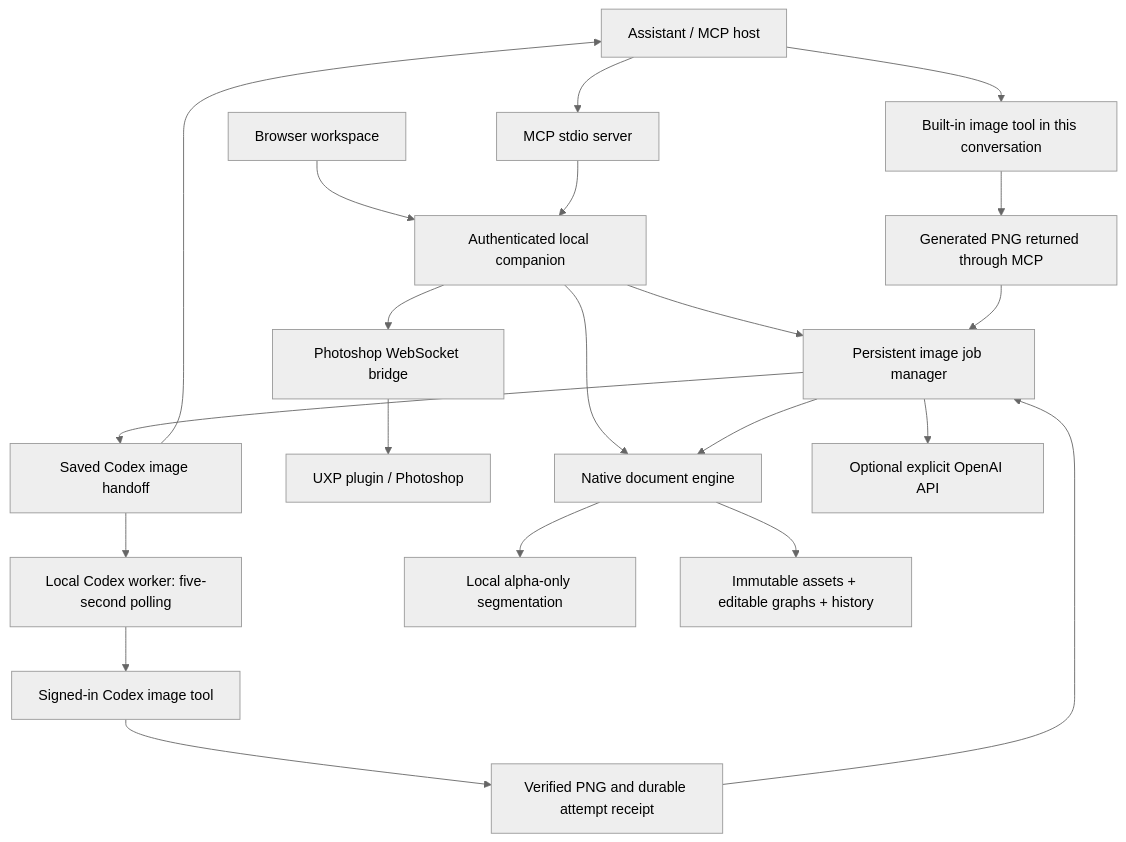
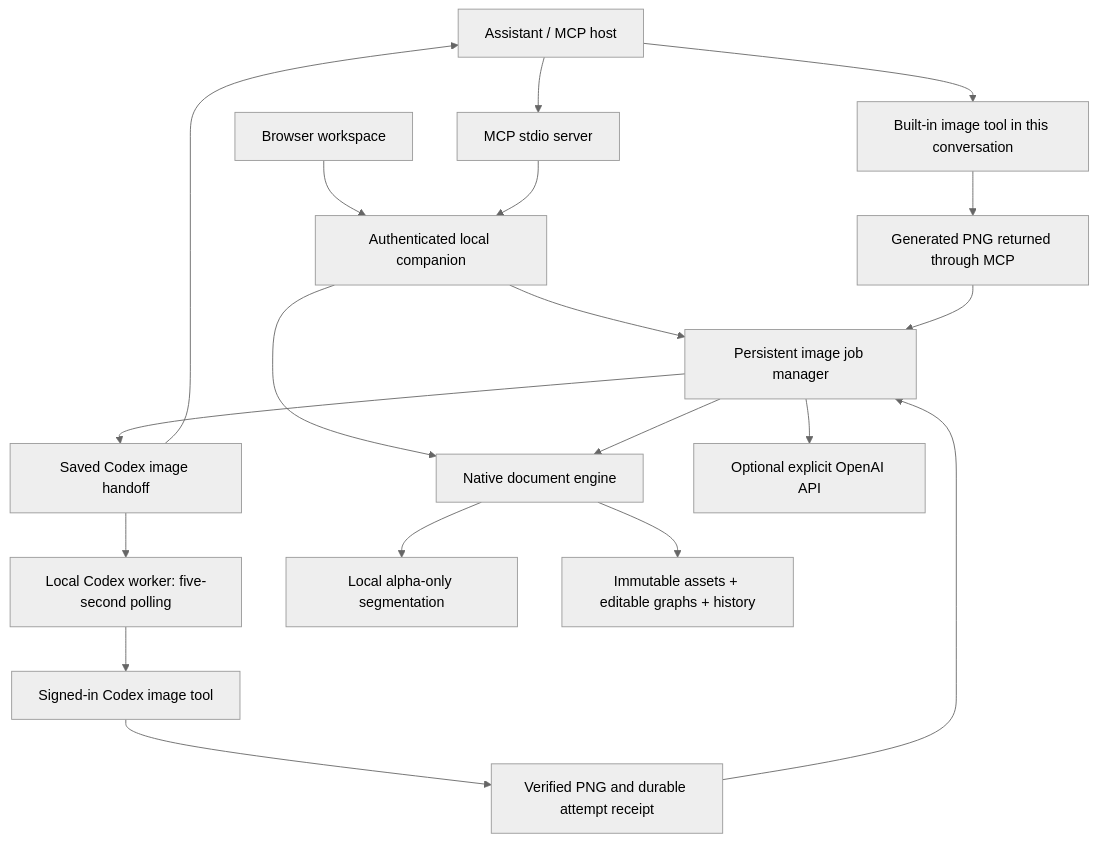
One commit to jamisen-ma/prism-studio changed the diagram in docs/ARCHITECTURE.md. Above: the diagram before and after it, drawn with Mermaid (neutral theme). The commit also changed other lines of this file and 69 other files, not shown here.

````diff
--- a/docs/ARCHITECTURE.md
+++ b/docs/ARCHITECTURE.md
@@ -5,23 +5,21 @@
 ```mermaid
 flowchart TD
   A[Assistant / MCP host] --> M[MCP stdio server]
   U[Browser workspace] --> C[Authenticated local companion]
   M --> C
   C --> N[Native document engine]
-  C --> B[Photoshop WebSocket bridge]
-  B --> P[UXP plugin / Photoshop]
   C --> J[Persistent image job manager]
   J --> H[Saved Codex image handoff]
   H --> W[Local Codex worker: five-second polling]
   W --> L[Signed-in Codex image tool]
   L --> K[Verified PNG and durable attempt receipt]
   K --> J
   H --> A
   A --> I[Built-in image tool in this conversation]
   I --> R[Generated PNG returned through MCP]
   R --> J
   J --> O[Optional explicit OpenAI API]
   J --> N
   N --> S[Local alpha-only segmentation]
   N --> F[Immutable assets + editable graphs + history]
 ```
````
